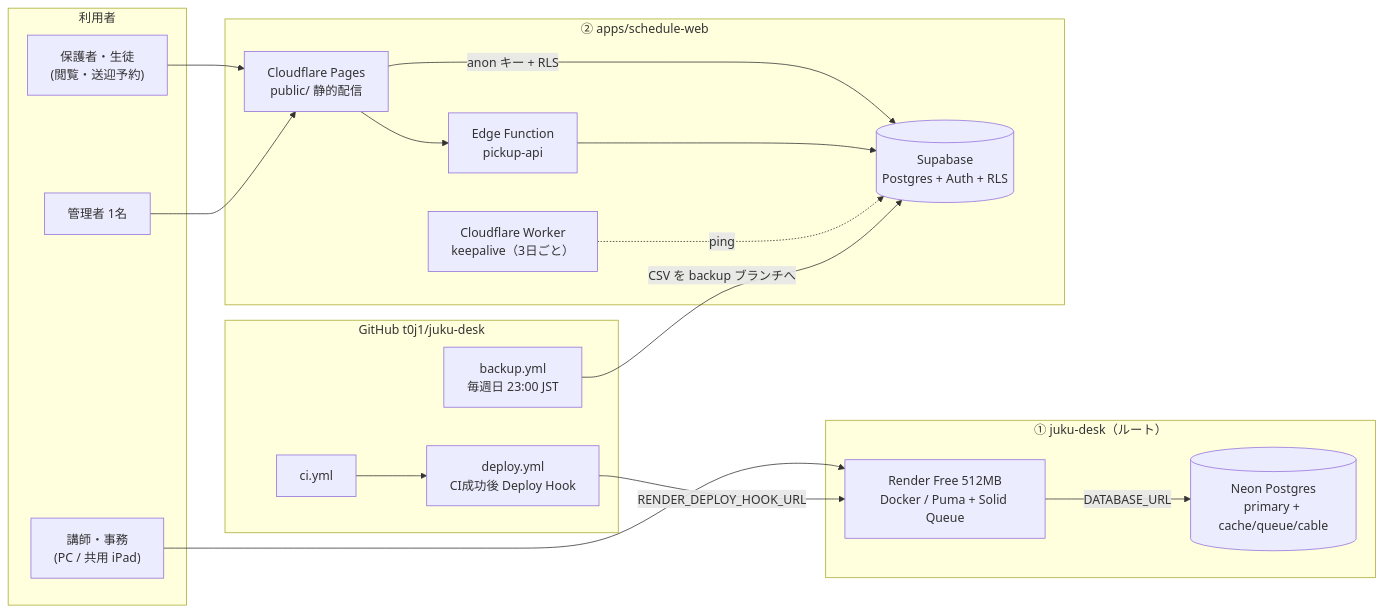
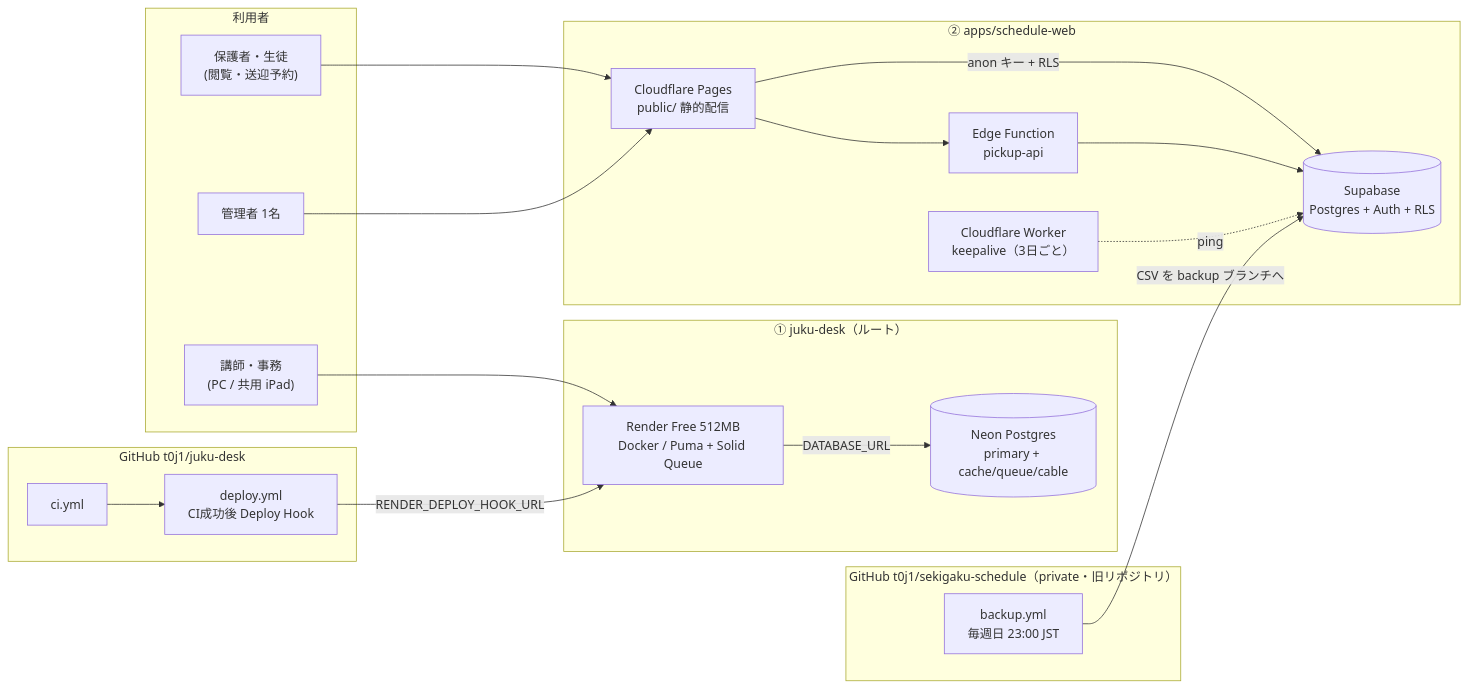
Before and after one commit to t0j1/juku-desk: the diagram in docs/ARCHITECTURE.md, drawn with Mermaid. The commit also changed other lines of this file and 4 other files, not shown here.

````diff
--- a/docs/ARCHITECTURE.md
+++ b/docs/ARCHITECTURE.md
@@ -25,36 +26,39 @@
 ```mermaid
 flowchart LR
   subgraph Users["利用者"]
     Staff["講師・事務<br>(PC / 共用 iPad)"]
     Public["保護者・生徒<br>(閲覧・送迎予約)"]
     Admin["管理者 1名"]
   end
 
   subgraph RailsApp["① juku-desk（ルート）"]
     Render["Render Free 512MB<br>Docker / Puma + Solid Queue"]
     Neon[("Neon Postgres<br>primary + cache/queue/cable")]
     Render -->|DATABASE_URL| Neon
   end
 
   subgraph WebApp["② apps/schedule-web"]
     CF["Cloudflare Pages<br>public/ 静的配信"]
     SB[("Supabase<br>Postgres + Auth + RLS")]
     Fn["Edge Function<br>pickup-api"]
     KA["Cloudflare Worker<br>keepalive（3日ごと）"]
     CF -->|anon キー + RLS| SB
     CF --> Fn --> SB
     KA -.->|ping| SB
   end
 
   subgraph GH["GitHub t0j1/juku-desk"]
     CI["ci.yml"]
     Deploy["deploy.yml<br>CI成功後 Deploy Hook"]
+  end
+
+  subgraph Old["GitHub t0j1/sekigaku-schedule（private・旧リポジトリ）"]
     Backup["backup.yml<br>毎週日 23:00 JST"]
   end
 
   Staff --> Render
   Public --> CF
   Admin --> CF
   CI --> Deploy -->|RENDER_DEPLOY_HOOK_URL| Render
   Backup -->|CSV を backup ブランチへ| SB
 ```
````
